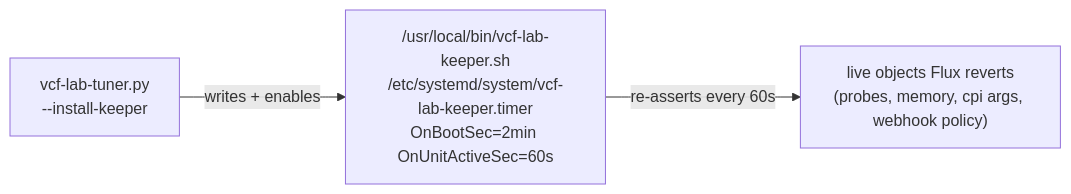
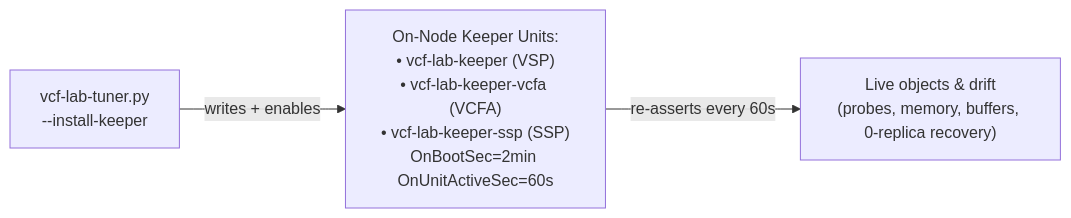
The third of 4 diagrams in Tools/vcf-lab-tuner.md (Broadcom/HOLFY27-MGR-HOLUSER), drawn with Mermaid before and after one commit. The commit also changed other lines of this file, not shown here.

````diff
--- a/Tools/vcf-lab-tuner.md
+++ b/Tools/vcf-lab-tuner.md
@@ -841,5 +869,5 @@
 ```mermaid
 flowchart LR
-    T["vcf-lab-tuner.py<br/>--install-keeper"] -->|"writes + enables"| U["/usr/local/bin/vcf-lab-keeper.sh<br/>/etc/systemd/system/vcf-lab-keeper.timer<br/>OnBootSec=2min OnUnitActiveSec=60s"]
-    U -->|"re-asserts every 60s"| L["live objects Flux reverts<br/>(probes, memory, cpi args, webhook policy)"]
+    T["vcf-lab-tuner.py<br/>--install-keeper"] -->|"writes + enables"| U["On-Node Keeper Units:<br/>• vcf-lab-keeper (VSP)<br/>• vcf-lab-keeper-vcfa (VCFA)<br/>• vcf-lab-keeper-ssp (SSP)<br/>OnBootSec=2min OnUnitActiveSec=60s"]
+    U -->|"re-asserts every 60s"| L["Live objects & drift<br/>(probes, memory, buffers, 0-replica recovery)"]
 ```
````
